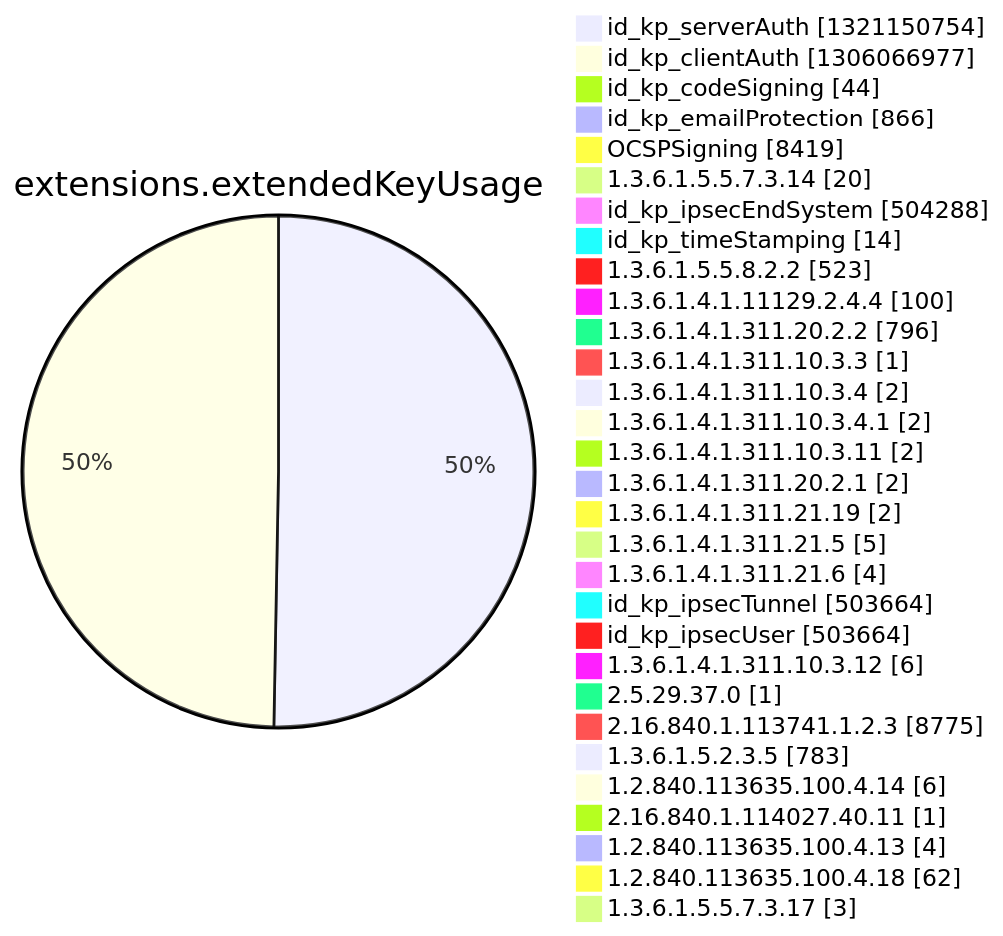
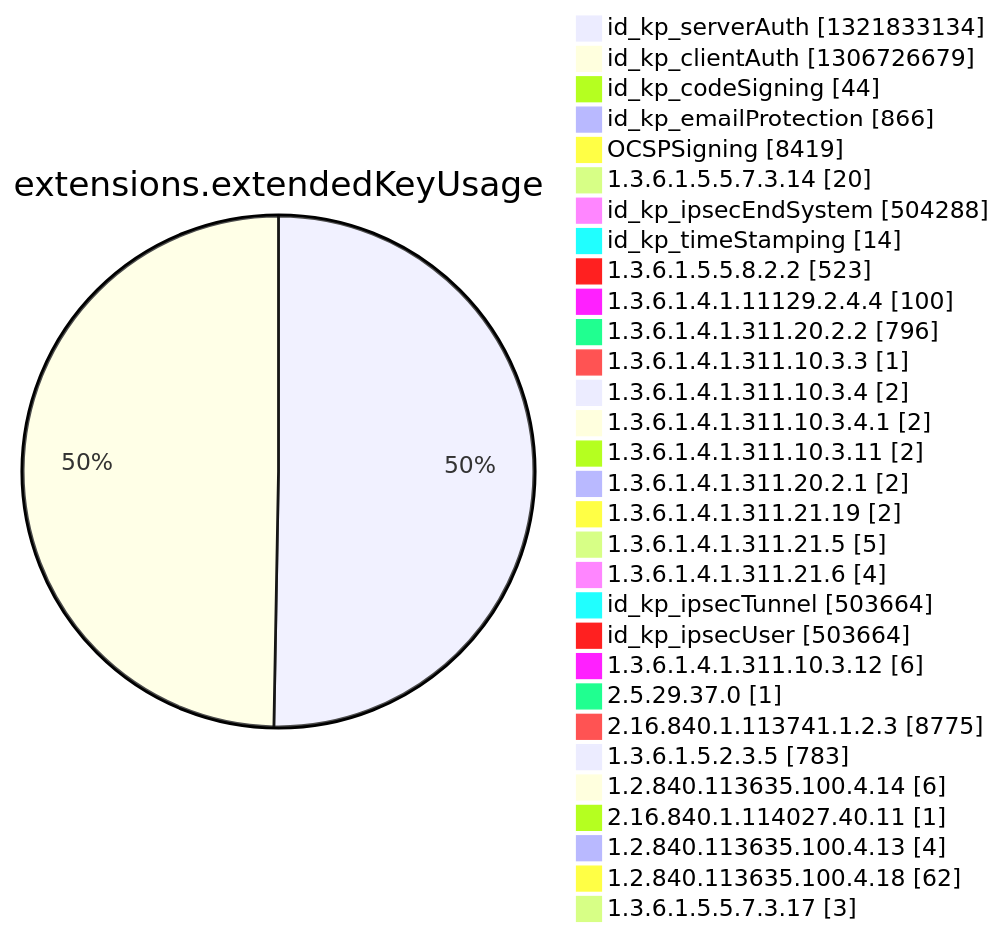
One commit to christiankrug/ctmonitor_visualization changed diagram 12 of 15 in argon2022/README.md. Above: the diagram before and after it, drawn with Mermaid. The commit also changed other lines of this file, not shown here.

````diff
--- a/argon2022/README.md
+++ b/argon2022/README.md
@@ -3553,34 +3553,34 @@
 ```mermaid
 pie showData
 title extensions.extendedKeyUsage
-"id_kp_serverAuth" :1321150754
-"id_kp_clientAuth" :1306066977
+"id_kp_serverAuth" :1321833134
+"id_kp_clientAuth" :1306726679
 "id_kp_codeSigning" :44
 "id_kp_emailProtection" :866
 "OCSPSigning" :8419
 "1.3.6.1.5.5.7.3.14" :20
 "id_kp_ipsecEndSystem" :504288
 "id_kp_timeStamping" :14
 "1.3.6.1.5.5.8.2.2" :523
 "1.3.6.1.4.1.11129.2.4.4" :100
 "1.3.6.1.4.1.311.20.2.2" :796
 "1.3.6.1.4.1.311.10.3.3" :1
 "1.3.6.1.4.1.311.10.3.4" :2
 "1.3.6.1.4.1.311.10.3.4.1" :2
 "1.3.6.1.4.1.311.10.3.11" :2
 "1.3.6.1.4.1.311.20.2.1" :2
 "1.3.6.1.4.1.311.21.19" :2
 "1.3.6.1.4.1.311.21.5" :5
 "1.3.6.1.4.1.311.21.6" :4
 "id_kp_ipsecTunnel" :503664
 "id_kp_ipsecUser" :503664
 "1.3.6.1.4.1.311.10.3.12" :6
 "2.5.29.37.0" :1
 "2.16.840.1.113741.1.2.3" :8775
 "1.3.6.1.5.2.3.5" :783
 "1.2.840.113635.100.4.14" :6
 "2.16.840.1.114027.40.11" :1
 "1.2.840.113635.100.4.13" :4
 "1.2.840.113635.100.4.18" :62
 "1.3.6.1.5.5.7.3.17" :3
 ```
````
